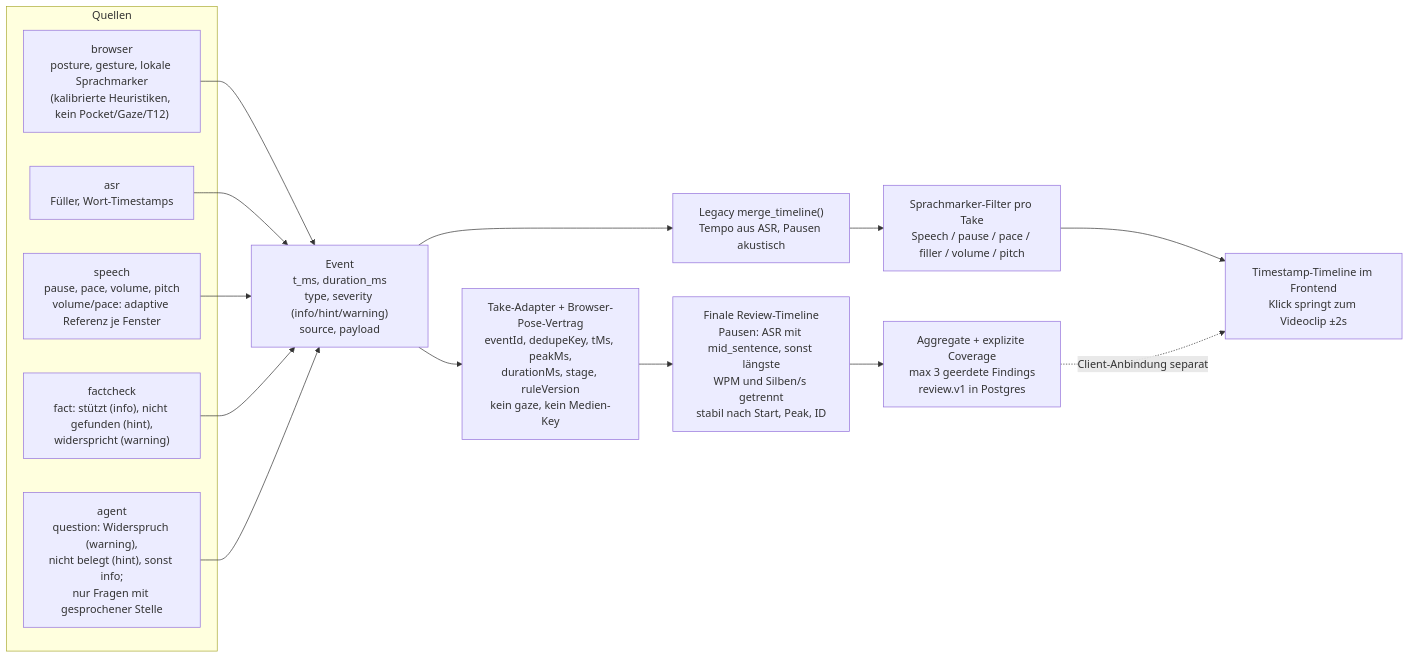
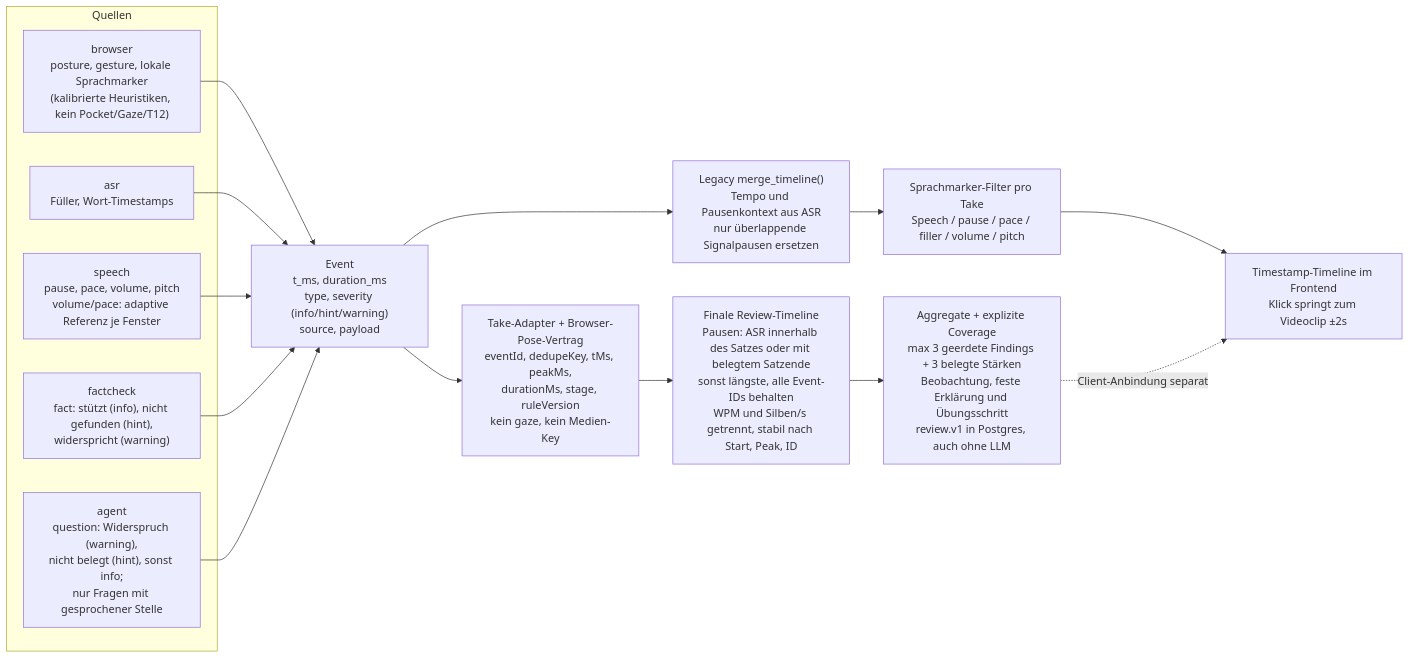
Diagram 11 of 12 in docs/03-architecture.md (johannes3502/hackathon-fulda), drawn with Mermaid before and after one commit. The commit also changed other lines of this file and 24 other files, not shown here.

````diff
--- a/docs/03-architecture.md
+++ b/docs/03-architecture.md
@@ -611,26 +617,26 @@
 ```mermaid
 flowchart LR
     subgraph Quellen
         B["browser<br/>posture, gesture, lokale Sprachmarker<br/>(kalibrierte Heuristiken, kein Pocket/Gaze/T12)"]
         A["asr<br/>Füller, Wort-Timestamps"]
         S["speech<br/>pause, pace, volume, pitch<br/>volume/pace: adaptive Referenz je Fenster"]
         F["factcheck<br/>fact: stützt (info), nicht gefunden (hint),<br/>widerspricht (warning)"]
         G["agent<br/>question: Widerspruch (warning),<br/>nicht belegt (hint), sonst info;<br/>nur Fragen mit gesprochener Stelle"]
     end
 
     EV["Event<br/>t_ms, duration_ms<br/>type, severity (info/hint/warning)<br/>source, payload"]
 
     B --> EV
     A --> EV
     S --> EV
     F --> EV
     G --> EV
 
-    EV --> MT["Legacy merge_timeline()<br/>Tempo aus ASR, Pausen akustisch"]
+    EV --> MT["Legacy merge_timeline()<br/>Tempo und Pausenkontext aus ASR<br/>nur überlappende Signalpausen ersetzen"]
     EV --> PERSIST["Take-Adapter + Browser-Pose-Vertrag<br/>eventId, dedupeKey, tMs, peakMs,<br/>durationMs, stage, ruleVersion<br/>kein gaze, kein Medien-Key"]
-    PERSIST --> REVIEWMERGE["Finale Review-Timeline<br/>Pausen: ASR mit mid_sentence, sonst längste<br/>WPM und Silben/s getrennt<br/>stabil nach Start, Peak, ID"]
-    REVIEWMERGE --> REPORT["Aggregate + explizite Coverage<br/>max 3 geerdete Findings<br/>review.v1 in Postgres"]
+    PERSIST --> REVIEWMERGE["Finale Review-Timeline<br/>Pausen: ASR innerhalb des Satzes oder mit belegtem Satzende<br/>sonst längste, alle Event-IDs behalten<br/>WPM und Silben/s getrennt, stabil nach Start, Peak, ID"]
+    REVIEWMERGE --> REPORT["Aggregate + explizite Coverage<br/>max 3 geerdete Findings + 3 belegte Stärken<br/>Beobachtung, feste Erklärung und Übungsschritt<br/>review.v1 in Postgres, auch ohne LLM"]
     MT --> FILTER["Sprachmarker-Filter pro Take<br/>Speech / pause / pace / filler / volume / pitch"]
     FILTER --> UI["Timestamp-Timeline im Frontend<br/>Klick springt zum Videoclip ±2s"]
     REPORT -. "Client-Anbindung separat" .-> UI
 ```
````
